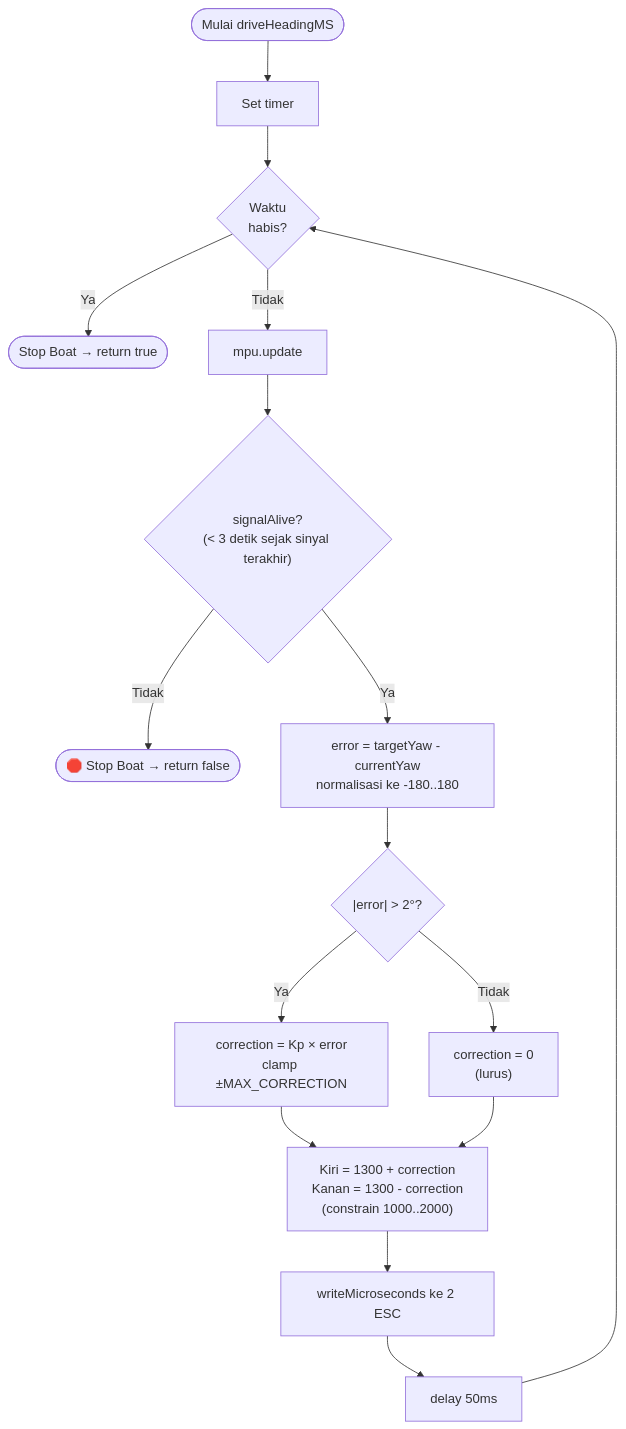
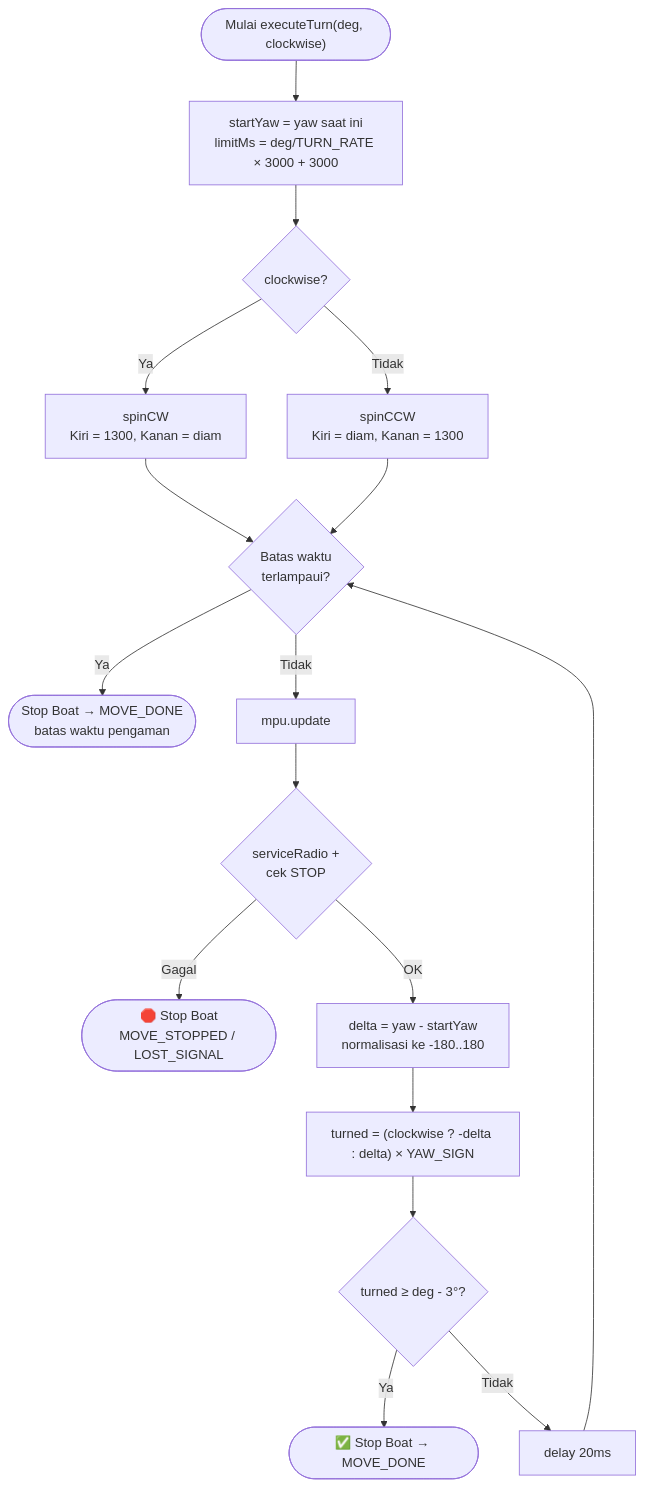
Before and after one commit to Xhorn7/Skripsi-PENGEMBANGAN-ROBOT-AKUATIK-UNTUK-FEEDER-OTOMATIS-DI-TAMBAK: the seventh of 9 diagrams in flowchart.md, drawn with Mermaid. The commit also changed other lines of this file and 43 other files, not shown here.

````diff
--- a/flowchart.md
+++ b/flowchart.md
@@ -136,18 +200,19 @@
 ```mermaid
 flowchart TD
-    ENTRY([Mulai driveHeadingMS]) --> TIMER[Set timer]
-    TIMER --> TIMECHECK{Waktu<br/>habis?}
-    TIMECHECK -- Ya --> STOPFN([Stop Boat → return true])
-    TIMECHECK -- Tidak --> UPD[mpu.update]
-    UPD --> SIG{"signalAlive?<br/>(< 3 detik sejak sinyal terakhir)"}
-    SIG -- Tidak --> FAIL([🛑 Stop Boat → return false])
-    SIG -- Ya --> ERR["error = targetYaw - currentYaw<br/>normalisasi ke -180..180"]
-    ERR --> DEAD{"|error| > 2°?"}
-    DEAD -- Tidak --> STRAIGHT["correction = 0<br/>(lurus)"]
-    DEAD -- Ya --> PROP["correction = Kp × error<br/>clamp ±MAX_CORRECTION"]
-    PROP --> WRITE
-    STRAIGHT --> WRITE["Kiri = 1300 + correction<br/>Kanan = 1300 - correction<br/>(constrain 1000..2000)"]
-    WRITE --> ESC[writeMicroseconds ke 2 ESC]
-    ESC --> DELAY[delay 50ms]
-    DELAY --> TIMECHECK
+    ENTRY(["Mulai executeTurn(deg, clockwise)"]) --> INIT["startYaw = yaw saat ini<br/>limitMs = deg/TURN_RATE × 3000 + 3000"]
+    INIT --> SPIN{clockwise?}
+    SPIN -- Ya --> CW["spinCW<br/>Kiri = 1300, Kanan = diam"]
+    SPIN -- Tidak --> CCW["spinCCW<br/>Kiri = diam, Kanan = 1300"]
+    CW --> LOOP
+    CCW --> LOOP{Batas waktu<br/>terlampaui?}
+    LOOP -- Ya --> TIMEOUT([Stop Boat → MOVE_DONE<br/>batas waktu pengaman])
+    LOOP -- Tidak --> UPD[mpu.update]
+    UPD --> SIG{"serviceRadio +<br/>cek STOP"}
+    SIG -- "Gagal" --> ABORT([🛑 Stop Boat<br/>MOVE_STOPPED / LOST_SIGNAL])
+    SIG -- OK --> DELTA["delta = yaw - startYaw<br/>normalisasi ke -180..180"]
+    DELTA --> TURNED["turned = (clockwise ? -delta : delta) × YAW_SIGN"]
+    TURNED --> REACH{"turned ≥ deg - 3°?"}
+    REACH -- Ya --> DONE([✅ Stop Boat → MOVE_DONE])
+    REACH -- Tidak --> DELAY[delay 20ms]
+    DELAY --> LOOP
 ```
````
